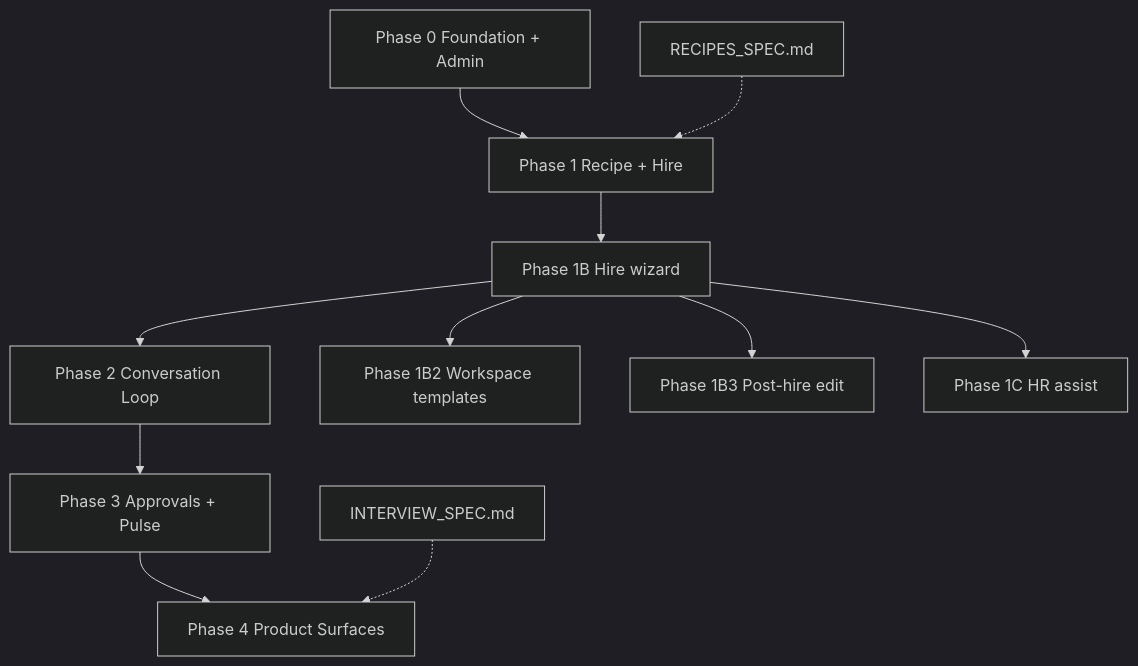
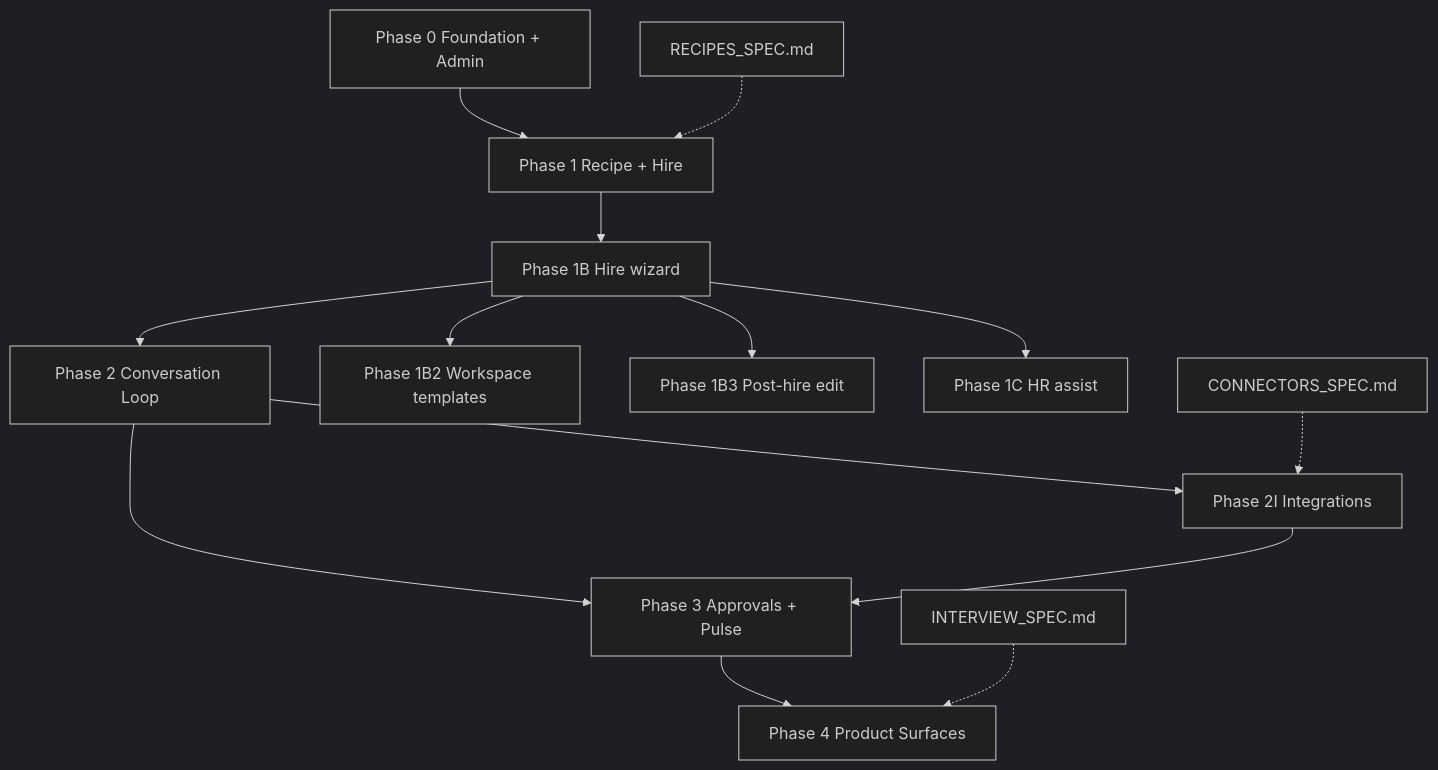
Before and after one commit to Nitaym/pidgin: the diagram in specs/IMPLEMENTATION_PLAN.md, drawn with Mermaid (dark theme). The commit also changed other lines of this file and 32 other files, not shown here.

````diff
--- a/specs/IMPLEMENTATION_PLAN.md
+++ b/specs/IMPLEMENTATION_PLAN.md
@@ -294,20 +323,23 @@
 ```mermaid
 flowchart TD
   P0[Phase 0 Foundation + Admin]
   P1[Phase 1 Recipe + Hire]
   P2[Phase 2 Conversation Loop]
   P3[Phase 3 Approvals + Pulse]
   P4[Phase 4 Product Surfaces]
 
   P0 --> P1
   P1 --> P1B[Phase 1B Hire wizard]
   P1B --> P1B2[Phase 1B2 Workspace templates]
   P1B --> P1B3[Phase 1B3 Post-hire edit]
   P1B --> P1C[Phase 1C HR assist]
   P1B --> P2
+  P2 --> P2I[Phase 2I Integrations]
   P2 --> P3
+  P2I --> P3
   P3 --> P4
 
   RS[RECIPES_SPEC.md] -.-> P1
+  CS[CONNECTORS_SPEC.md] -.-> P2I
   IS[INTERVIEW_SPEC.md] -.-> P4
 ```
````
